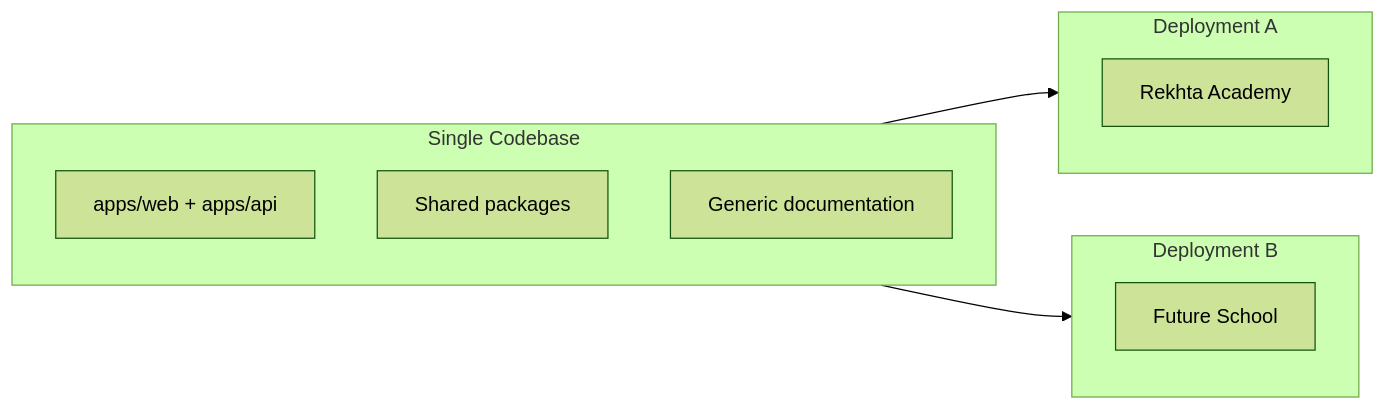
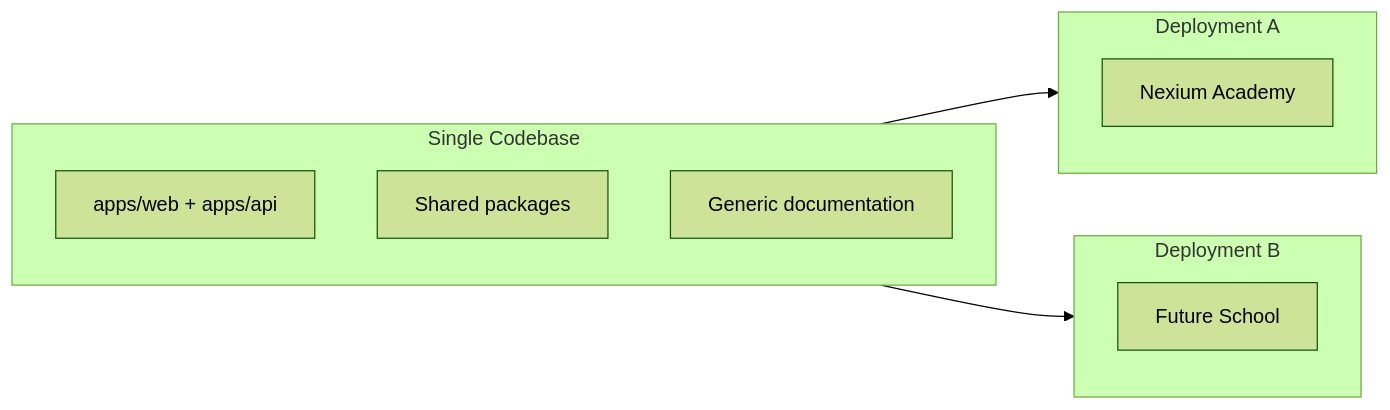
Before and after one commit to Ibraheem-Shafi/Educational-Management-System: the diagram in docs/01-product-vision.md, drawn with Mermaid (forest theme). The commit also changed other lines of this file and 45 other files, not shown here.

First line of the commit message:
feat: rebrand demo to Nexium Academy and refresh auth UI

````diff
--- a/docs/01-product-vision.md
+++ b/docs/01-product-vision.md
@@ -11,16 +11,16 @@
 ```mermaid
 flowchart LR
   subgraph codebase [Single Codebase]
     Apps[apps/web + apps/api]
     Packages[Shared packages]
     Docs[Generic documentation]
   end
   subgraph deployA [Deployment A]
-    Rekhta[Rekhta Academy]
+    nexium[Nexium Academy]
   end
   subgraph deployB [Deployment B]
     School[Future School]
   end
   codebase --> deployA
   codebase --> deployB
 ```
````
